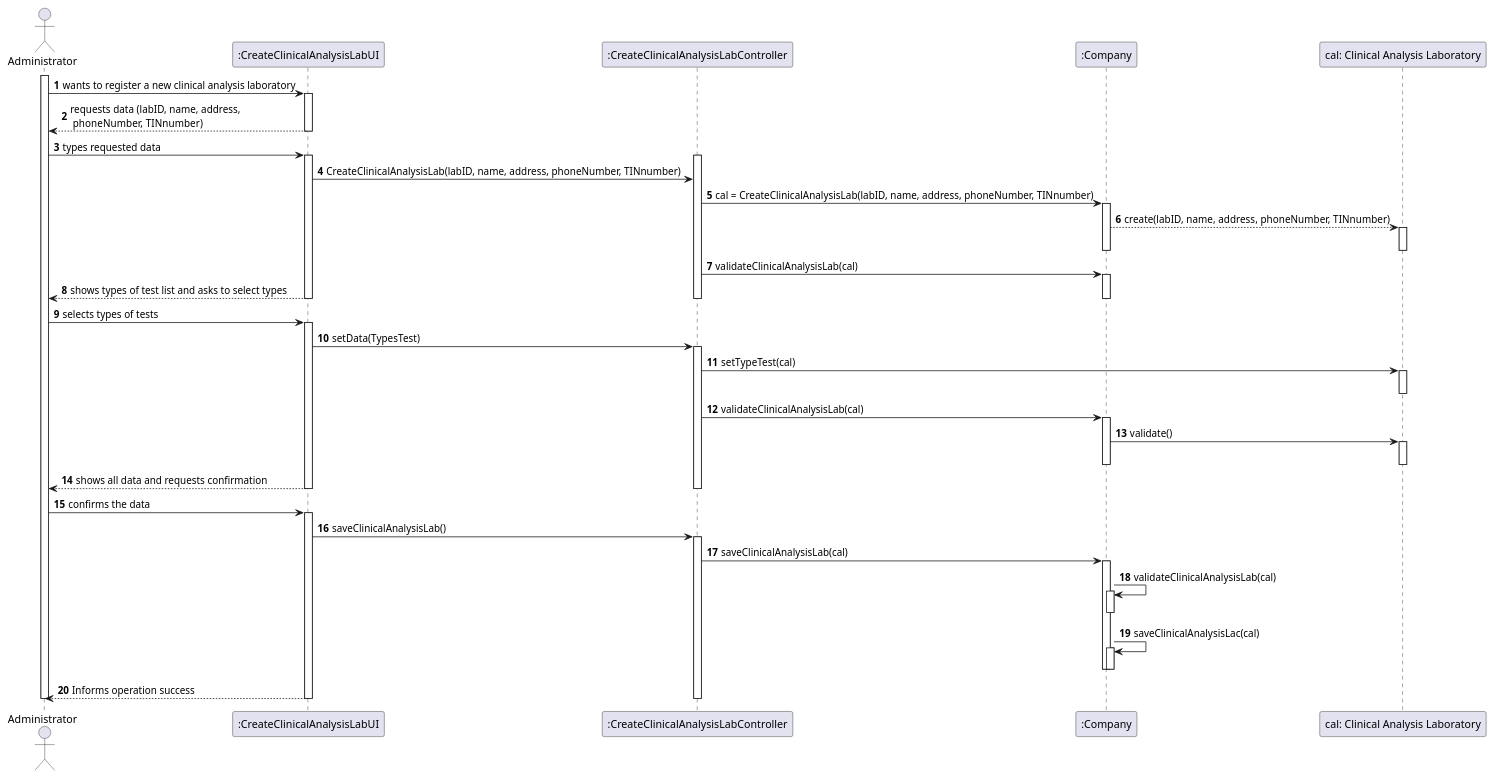
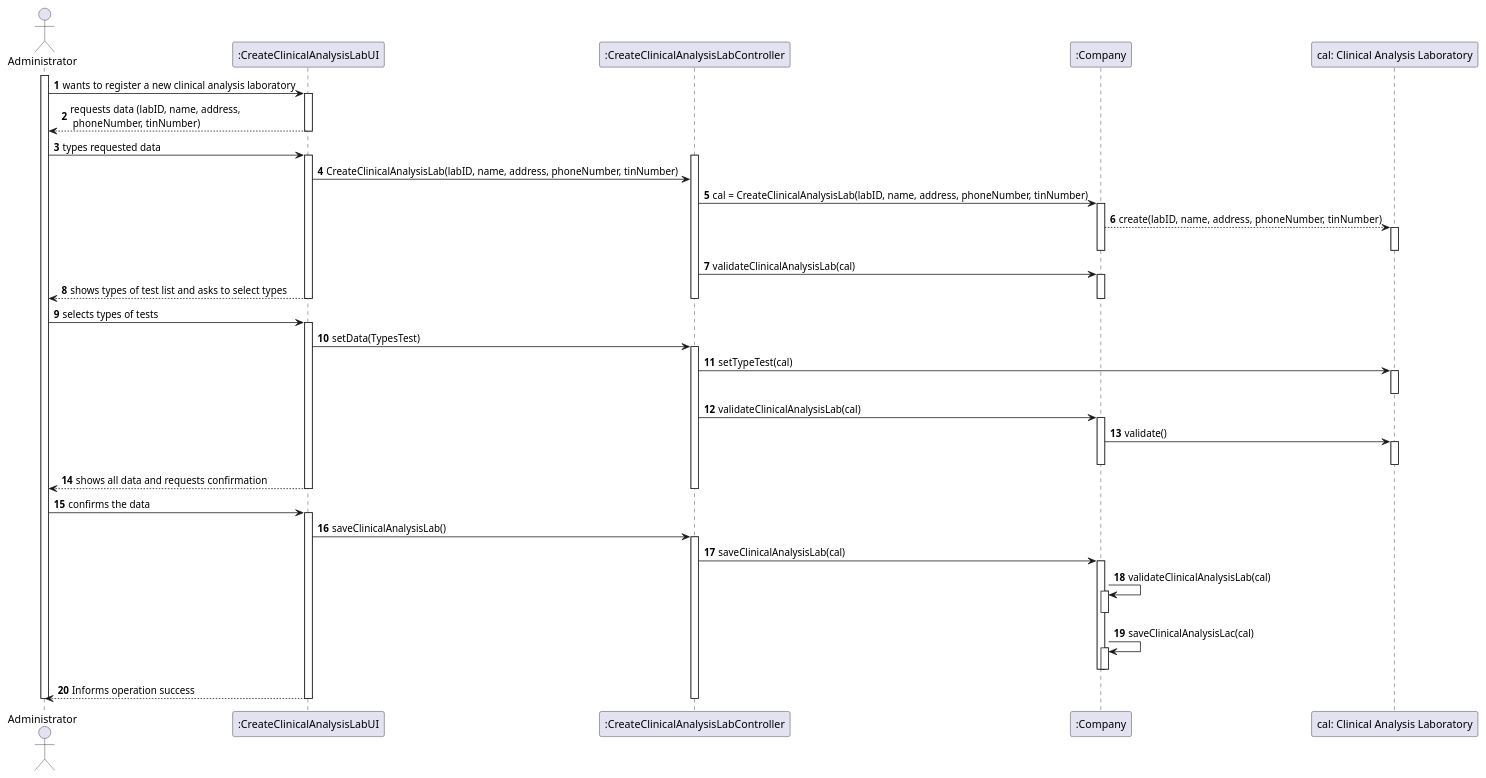
One commit to MarianaCLages/LAPR2 changed the diagram in docs/SprintB/US08/US8_SD.puml. Above: the diagram before and after it, drawn with PlantUML. The commit also changed 1 other file, not shown here.

```diff
--- a/docs/SprintB/US08/US8_SD.puml
+++ b/docs/SprintB/US08/US8_SD.puml
@@ -1,65 +1,65 @@
 @startuml
 'https://plantuml.com/sequence-diagram
 autonumber
 actor Administrator as A
 participant ":CreateClinicalAnalysisLabUI" as UI
 participant ":CreateClinicalAnalysisLabController" as CTRL
 participant ":Company" as C
 participant "cal: Clinical Analysis Laboratory" as CAL
 activate A
 
 A -> UI: wants to register a new clinical analysis laboratory
 activate UI
-UI --> A: requests data (labID, name, address,\n phoneNumber, TINnumber)
+UI --> A: requests data (labID, name, address,\n phoneNumber, tinNumber)
 deactivate UI
 A -> UI: types requested data
 activate UI
 activate CTRL
-UI -> CTRL : CreateClinicalAnalysisLab(labID, name, address, phoneNumber, TINnumber)
-CTRL -> C: cal = CreateClinicalAnalysisLab(labID, name, address, phoneNumber, TINnumber)
+UI -> CTRL : CreateClinicalAnalysisLab(labID, name, address, phoneNumber, tinNumber)
+CTRL -> C: cal = CreateClinicalAnalysisLab(labID, name, address, phoneNumber, tinNumber)
 activate C
-C --> CAL : create(labID, name, address, phoneNumber, TINnumber)
+C --> CAL : create(labID, name, address, phoneNumber, tinNumber)
 activate CAL
 deactivate CAL
 deactivate C
 CTRL -> C: validateClinicalAnalysisLab(cal)
 activate C
 UI --> A: shows types of test list and asks to select types
 deactivate C
 deactivate CTRL
 deactivate UI
 A -> UI: selects types of tests
 activate UI
 UI -> CTRL: setData(TypesTest)
 activate CTRL
 CTRL -> CAL: setTypeTest(cal)
 activate CAL
 deactivate CAL
 deactivate C
 CTRL -> C: validateClinicalAnalysisLab(cal)
 activate C
 C -> CAL : validate()
 activate CAL
 deactivate CAL
 deactivate C
 UI --> A: shows all data and requests confirmation
 deactivate CTRL
 deactivate UI
 A -> UI: confirms the data
 activate UI
 UI-> CTRL : saveClinicalAnalysisLab()
 activate CTRL
 CTRL -> C: saveClinicalAnalysisLab(cal)
 activate C
 C -> C : validateClinicalAnalysisLab(cal)
 activate C
 deactivate C
 C -> C : saveClinicalAnalysisLac(cal)
 activate C
 deactivate C
 deactivate C
 UI --> A : Informs operation success
 deactivate CTRL
 deactivate UI
 deactivate A
 @enduml
```
